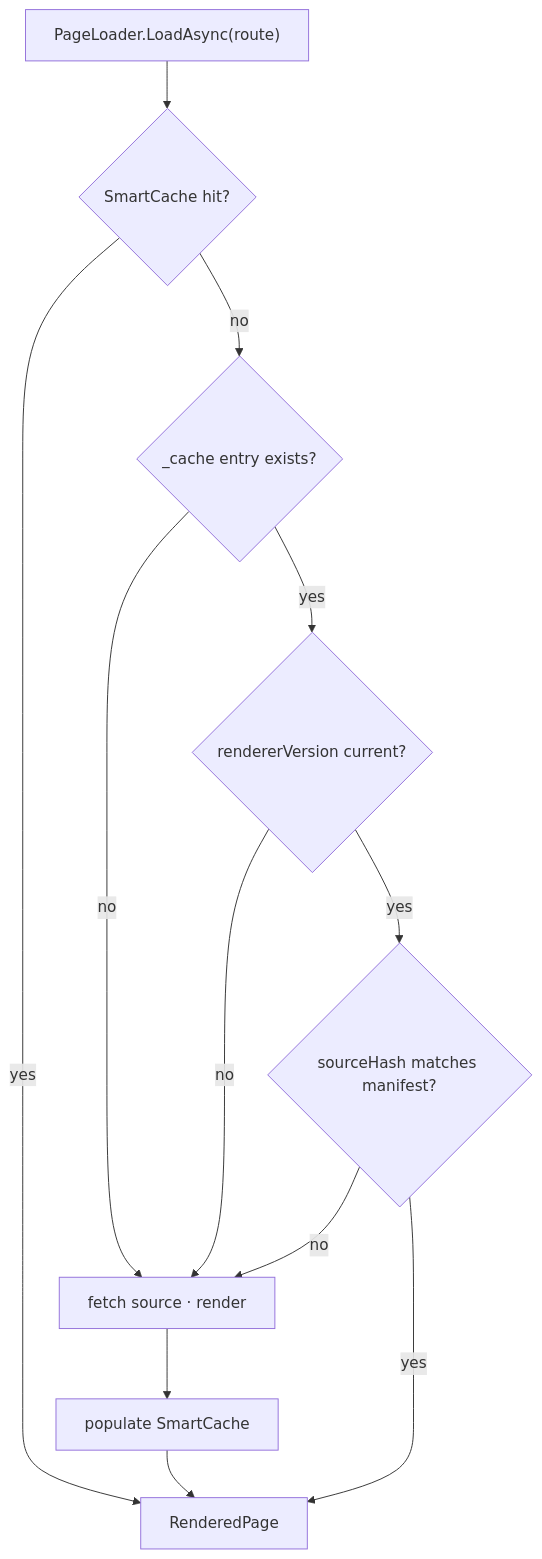
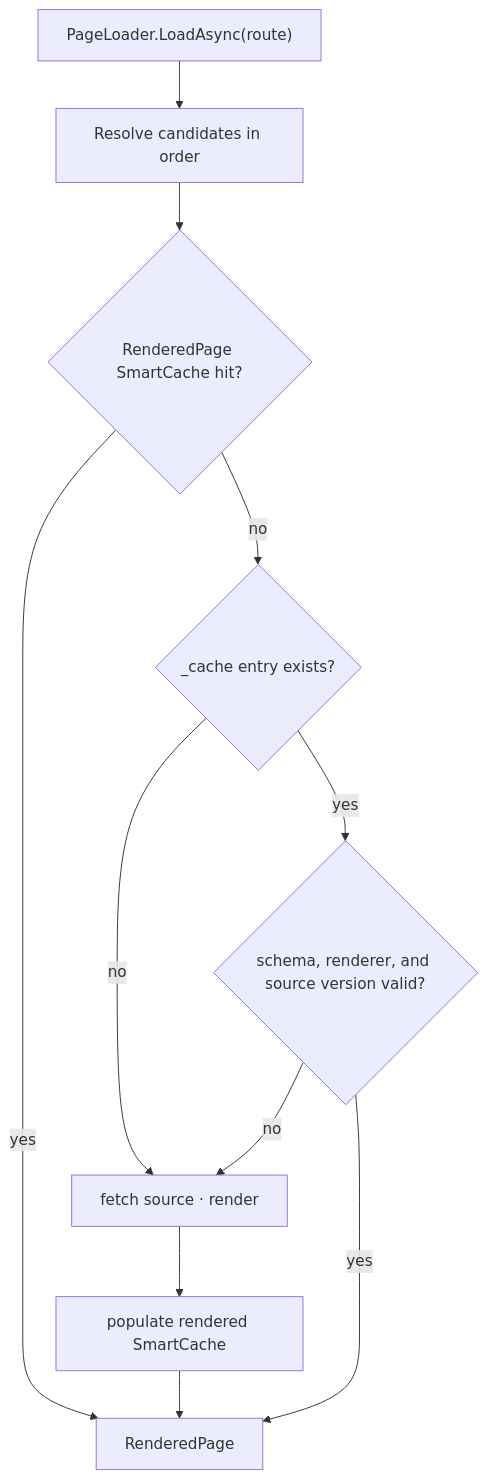
Before and after one commit to diginsight/smartdocs: the second of 2 diagrams in src/docs/90.00-issues/202609/20260904.01-optimization/02-enable-markdown-prerendering.plan.md, drawn with Mermaid. The commit also changed other lines of this file and 9 other files, not shown here.

````diff
--- a/src/docs/90.00-issues/202609/20260904.01-optimization/02-enable-markdown-prerendering.plan.md
+++ b/src/docs/90.00-issues/202609/20260904.01-optimization/02-enable-markdown-prerendering.plan.md
@@ -133,13 +167,12 @@
 ```mermaid
 flowchart TD
-  A["PageLoader.LoadAsync(route)"] --> B{"SmartCache hit?"}
+  A["PageLoader.LoadAsync(route)"] --> L["Resolve candidates in order"]
+  L --> B{"RenderedPage SmartCache hit?"}
   B -- yes --> Z["RenderedPage"]
   B -- no --> C{"_cache entry exists?"}
   C -- no --> R["fetch source · render"]
-  C -- yes --> D{"rendererVersion current?"}
+  C -- yes --> D{"schema, renderer, and source version valid?"}
   D -- no --> R
-  D -- yes --> E{"sourceHash matches manifest?"}
-  E -- no --> R
-  E -- yes --> Z
-  R --> Y["populate SmartCache"] --> Z
+  D -- yes --> Z
+  R --> Y["populate rendered SmartCache"] --> Z
 ```
````
